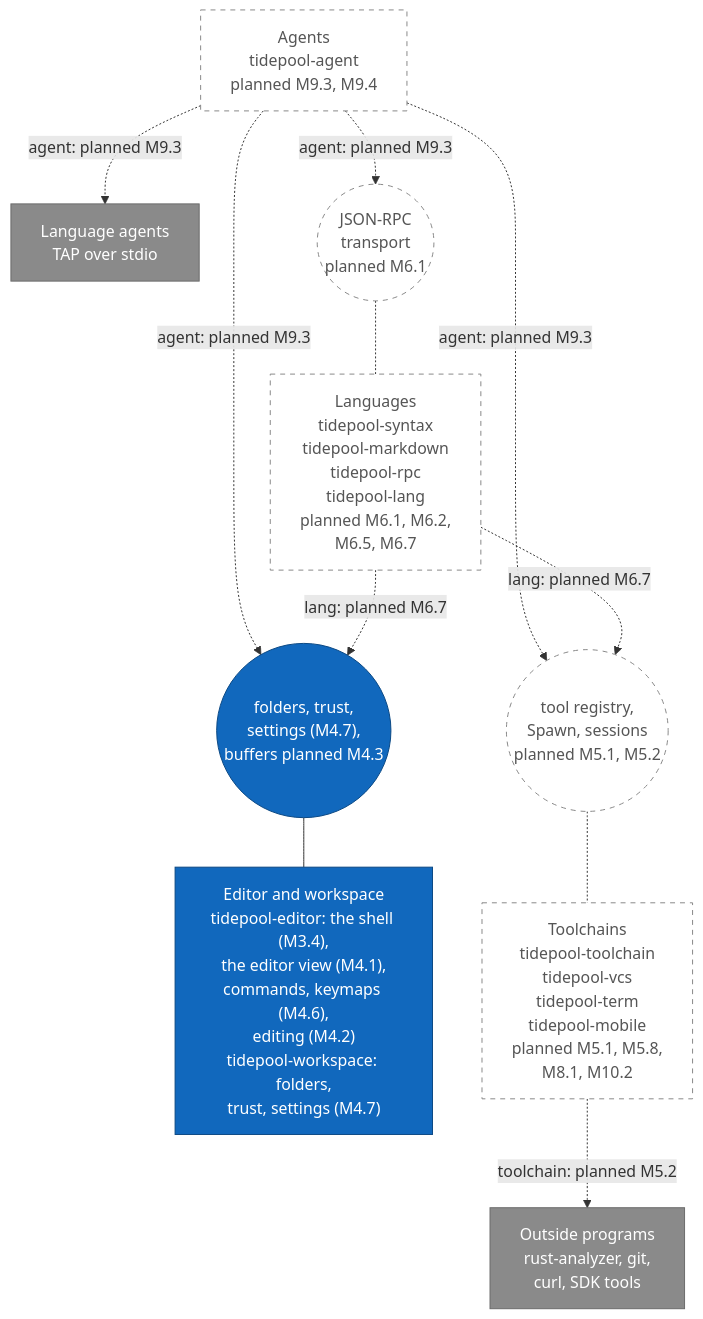
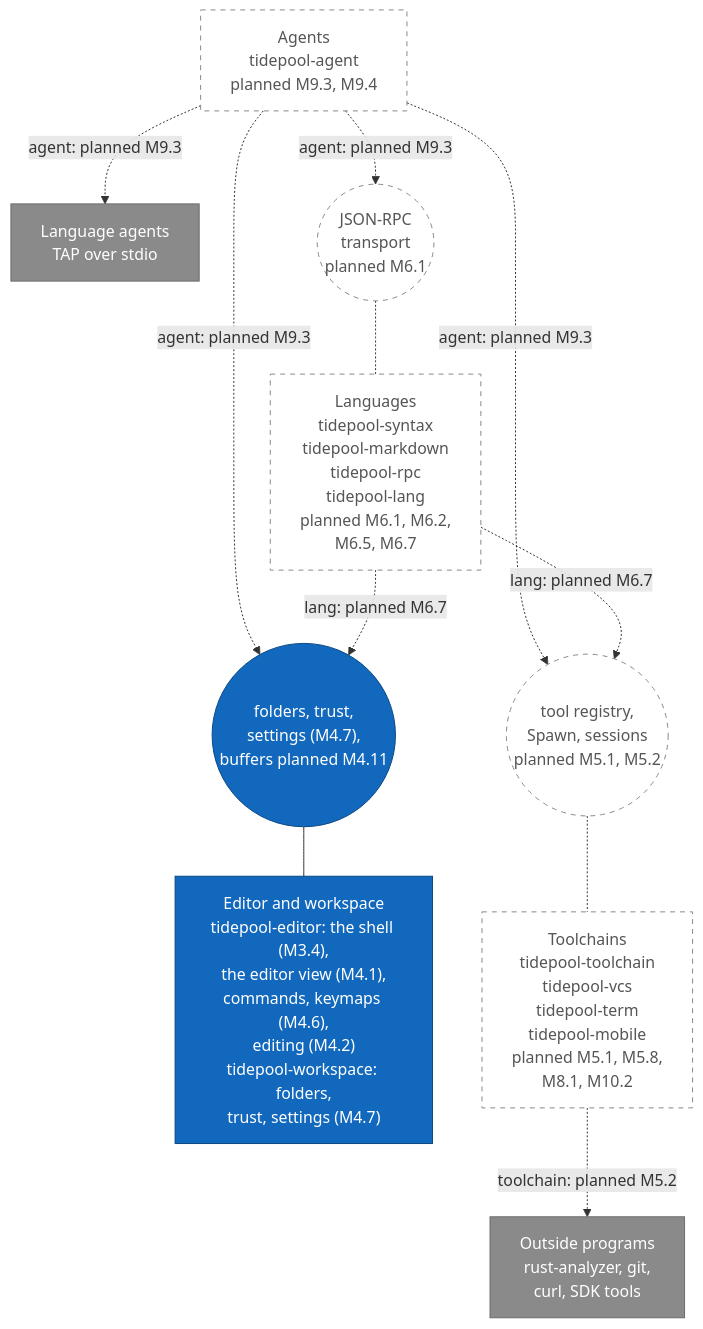
The second of 21 diagrams in diagrams/component-diagrams.md (jabbott-iii/Tidepool), drawn with Mermaid before and after one commit. The commit also changed other lines of this file and 28 other files, not shown here.

````diff
--- a/diagrams/component-diagrams.md
+++ b/diagrams/component-diagrams.md
@@ -133,31 +133,31 @@
 ```mermaid
 flowchart TB
     c_agents["Agents<br/>tidepool-agent<br/>planned M9.3, M9.4"]
     e_agents["Language agents<br/>TAP over stdio"]
     i_rpc(("JSON-RPC<br/>transport<br/>planned M6.1"))
     c_lang["Languages<br/>tidepool-syntax<br/>tidepool-markdown<br/>tidepool-rpc<br/>tidepool-lang<br/>planned M6.1, M6.2,<br/>M6.5, M6.7"]
-    i_ws(("folders, trust,<br/>settings (M4.7),<br/>buffers planned M4.3"))
+    i_ws(("folders, trust,<br/>settings (M4.7),<br/>buffers planned M4.11"))
     i_tools(("tool registry,<br/>Spawn, sessions<br/>planned M5.1, M5.2"))
     c_editor["Editor and workspace<br/>tidepool-editor: the shell (M3.4),<br/>the editor view (M4.1),<br/>commands, keymaps (M4.6),<br/>editing (M4.2)<br/>tidepool-workspace: folders,<br/>trust, settings (M4.7)"]
     c_tools["Toolchains<br/>tidepool-toolchain<br/>tidepool-vcs<br/>tidepool-term<br/>tidepool-mobile<br/>planned M5.1, M5.8,<br/>M8.1, M10.2"]
     e_progs["Outside programs<br/>rust-analyzer, git,<br/>curl, SDK tools"]
 
     c_agents -.->|"agent: planned M9.3"| e_agents
     c_agents -.->|"agent: planned M9.3"| i_rpc
     c_agents -.->|"agent: planned M9.3"| i_ws
     c_agents -.->|"agent: planned M9.3"| i_tools
     i_rpc -.- c_lang
     c_lang -.->|"lang: planned M6.7"| i_ws
     c_lang -.->|"lang: planned M6.7"| i_tools
     i_ws --- c_editor
     i_tools -.- c_tools
     c_tools -.->|"toolchain: planned M5.2"| e_progs
 
     classDef built fill:#1168bd,stroke:#0b4884,color:#ffffff
     classDef external fill:#8a8a8a,stroke:#6b6b6b,color:#ffffff
     classDef planned fill:#ffffff,stroke:#888888,stroke-dasharray: 5 5,color:#555555
     class c_editor,i_ws built
     class c_agents,c_lang,c_tools planned
     class i_rpc,i_tools planned
     class e_agents,e_progs external
 ```
````
